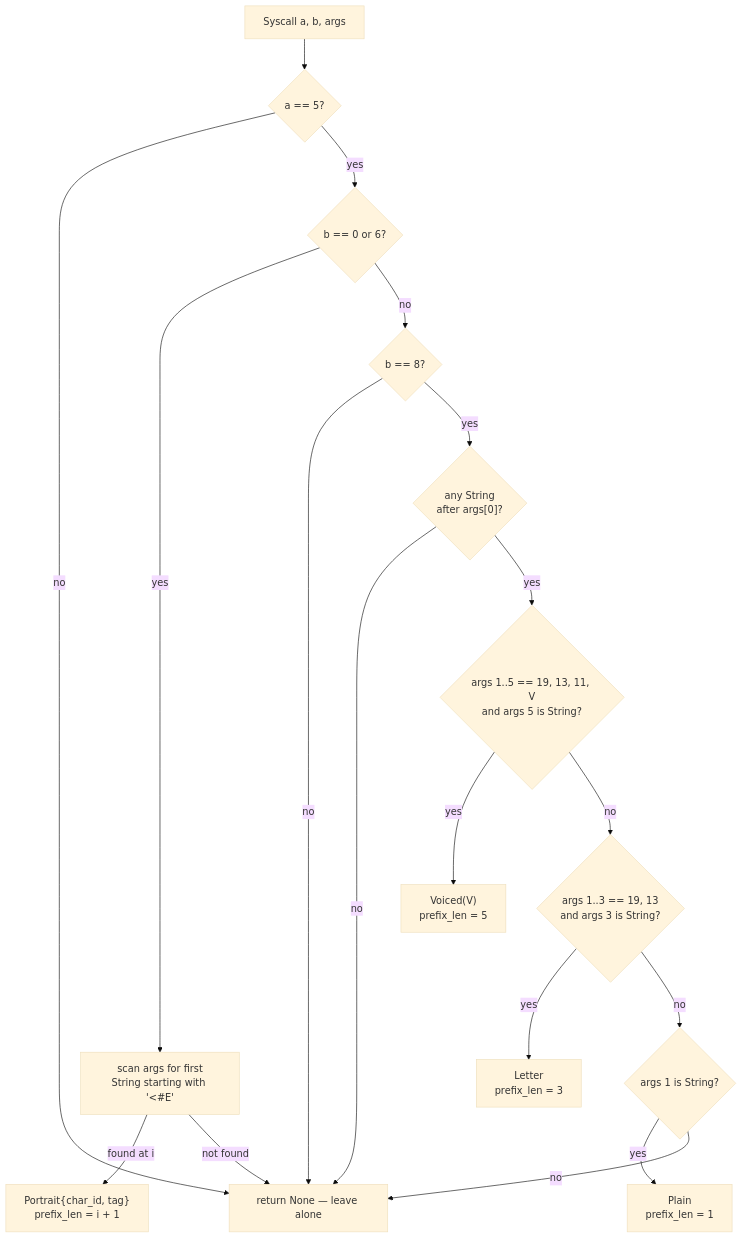
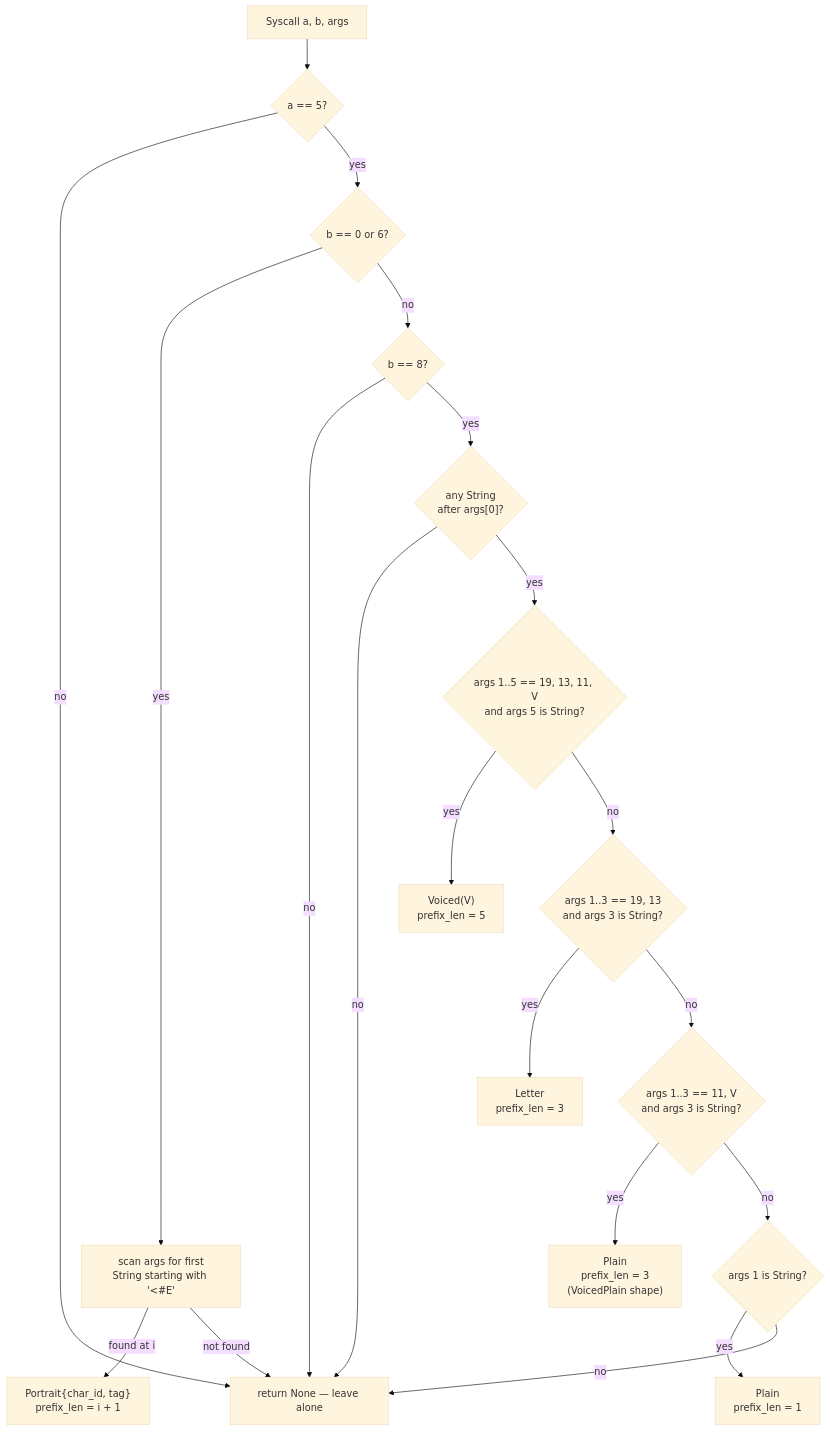
The third of 5 diagrams in docs/ARCHITECTURE.md (kvnxiao/sora-remake-merge), drawn with Mermaid (base theme) before and after one commit. The commit also changed other lines of this file and 11 other files, not shown here.

````diff
--- a/docs/ARCHITECTURE.md
+++ b/docs/ARCHITECTURE.md
@@ -159,20 +170,22 @@
 ```mermaid
 flowchart TD
     A[Syscall a, b, args] --> B{a == 5?}
     B -- no --> SKIP[return None — leave alone]
     B -- yes --> C{b == 0 or 6?}
     C -- yes --> D[scan args for first<br/>String starting with '&lt;#E']
     D -- found at i --> P["Portrait{char_id, tag}<br/>prefix_len = i + 1"]
     D -- not found --> SKIP
     C -- no --> E{b == 8?}
     E -- no --> SKIP
     E -- yes --> F{"any String<br/>after args[0]?"}
     F -- no --> SKIP
     F -- yes --> G{args 1..5 == 19, 13, 11, V<br/>and args 5 is String?}
     G -- yes --> V["Voiced(V)<br/>prefix_len = 5"]
     G -- no --> H{args 1..3 == 19, 13<br/>and args 3 is String?}
     H -- yes --> L["Letter<br/>prefix_len = 3"]
-    H -- no --> I{args 1 is String?}
+    H -- no --> VP{args 1..3 == 11, V<br/>and args 3 is String?}
+    VP -- yes --> PLV["Plain<br/>prefix_len = 3<br/>(VoicedPlain shape)"]
+    VP -- no --> I{args 1 is String?}
     I -- yes --> PL["Plain<br/>prefix_len = 1"]
     I -- no --> SKIP
 ```
````
